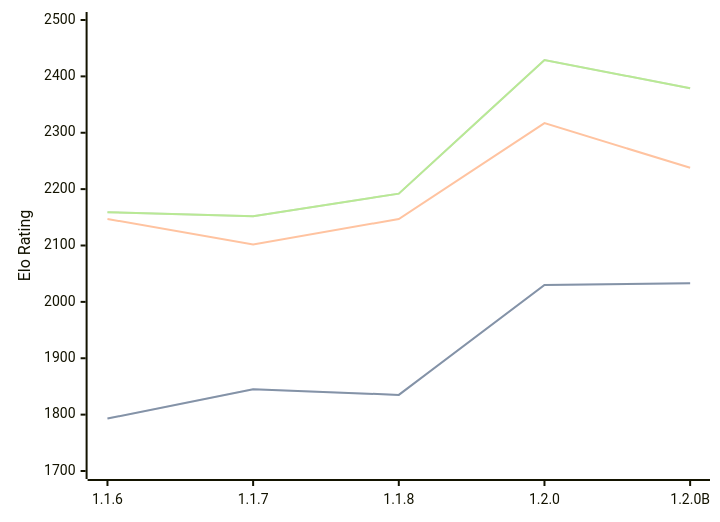
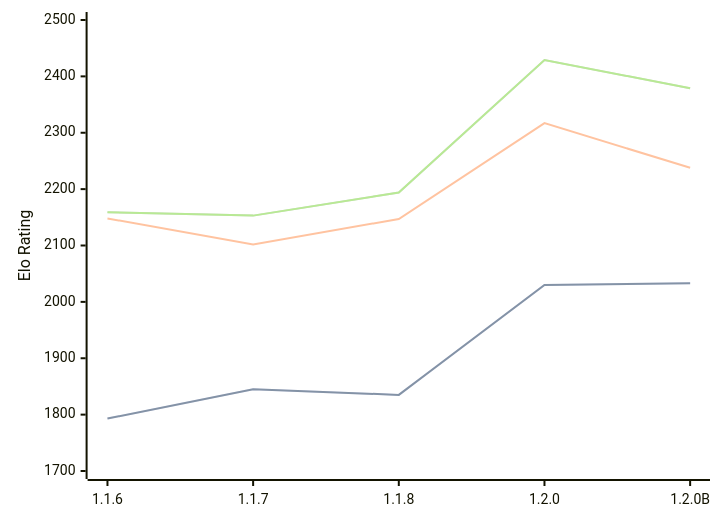
The diagram in engines/Soomi.md (computer-chess-index/cci), drawn with Mermaid before and after one commit. The commit also changed other lines of this file, not shown here.

Commit message:
Update CCI Ratings (ELO VLTC) - 2026-09-05

````diff
--- a/engines/Soomi.md
+++ b/engines/Soomi.md
@@ -35,11 +35,11 @@
 ```mermaid
 %%{init: {"theme":"base","themeVariables":{"seriesColors:['#a3a3a3','#222221','#faa371']}}}%%
 xychart-beta
   x-axis ["1.1.6", "1.1.7", "1.1.8", "1.2.0", "1.2.0B"]
   y-axis "Elo Rating" 1700 --> 2500
   line "" [1793, 1845, 1835, 2030, 2033]
   line "STC (8.0+0.08s)" [1793, 1845, 1835, 2030, 2033]
-  line "LTC (60.0+0.60s)" [2147, 2102, 2147, 2317, 2238]
-  line "" [2159, 2152, 2192, 2429, 2379]
-  line "VLTC (2m24s+1.12s)" [2159, 2152, 2192, 2429, 2379]
+  line "LTC (60.0+0.60s)" [2148, 2102, 2147, 2317, 2238]
+  line "" [2159, 2153, 2194, 2429, 2379]
+  line "VLTC (2m24s+1.12s)" [2159, 2153, 2194, 2429, 2379]
 ```
````
